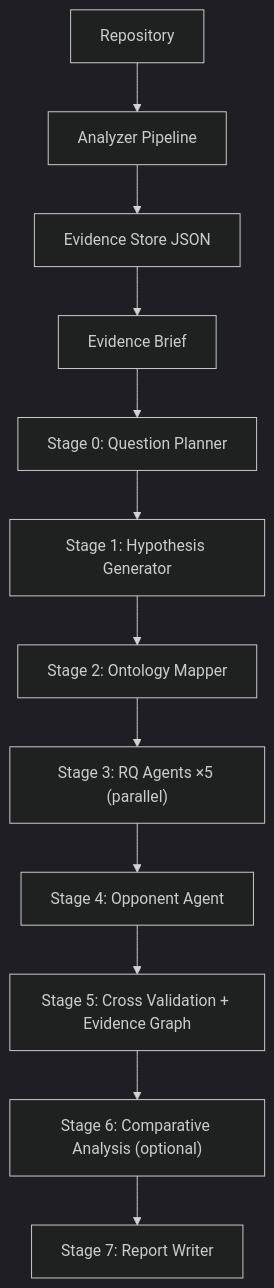
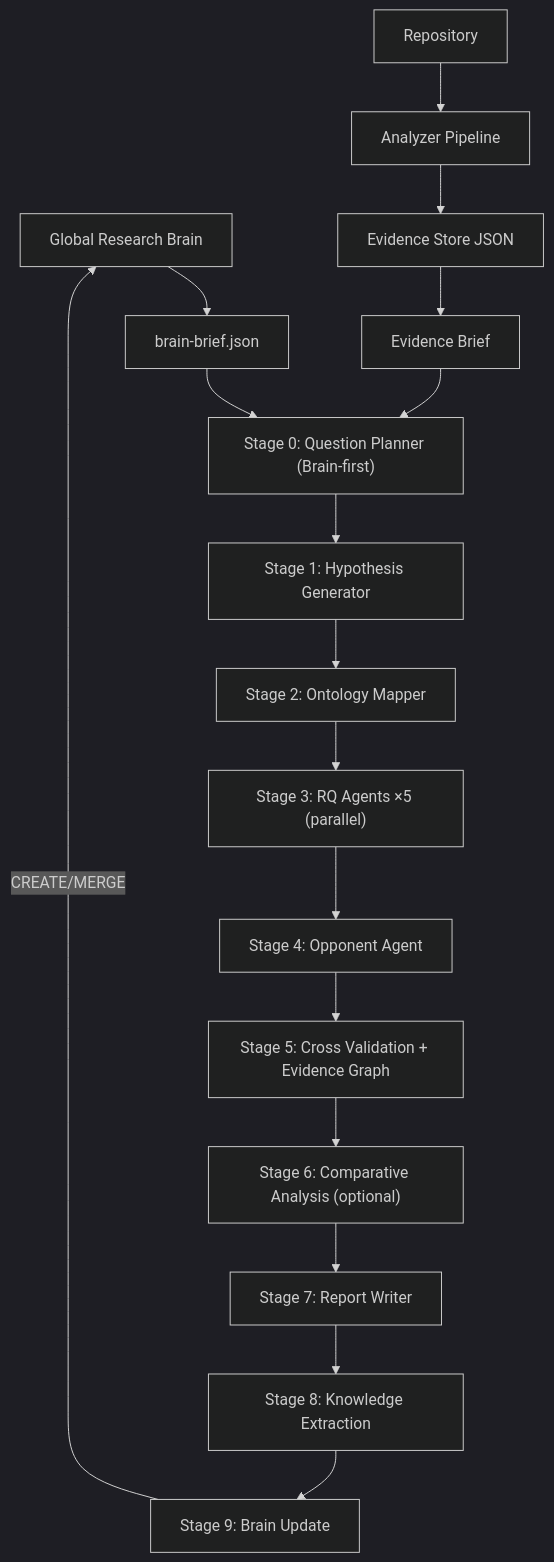
Before and after one commit to devweekly/devweekly.github.io: the first of 2 diagrams in .trae/skills/research-repo/DESIGN.md, drawn with Mermaid (dark theme). The commit also changed other lines of this file and 9 other files, not shown here.

````diff
--- a/.trae/skills/research-repo/DESIGN.md
+++ b/.trae/skills/research-repo/DESIGN.md
@@ -184,14 +269,19 @@
 ```mermaid
 flowchart TD
+  BRAIN["Global Research Brain"] --> BB["brain-brief.json"]
   A[Repository] --> DA[Analyzer Pipeline]
   DA --> ES[Evidence Store JSON]
   ES --> EB[Evidence Brief]
-  EB --> S0["Stage 0: Question Planner"]
+  BB --> S0
+  EB --> S0["Stage 0: Question Planner (Brain-first)"]
   S0 --> S1["Stage 1: Hypothesis Generator"]
   S1 --> S2["Stage 2: Ontology Mapper"]
   S2 --> S3["Stage 3: RQ Agents ×5 (parallel)"]
   S3 --> S4["Stage 4: Opponent Agent"]
   S4 --> S5["Stage 5: Cross Validation + Evidence Graph"]
   S5 --> S6["Stage 6: Comparative Analysis (optional)"]
   S6 --> S7["Stage 7: Report Writer"]
+  S7 --> S8["Stage 8: Knowledge Extraction"]
+  S8 --> S9["Stage 9: Brain Update"]
+  S9 -->|CREATE/MERGE| BRAIN
 ```
````
